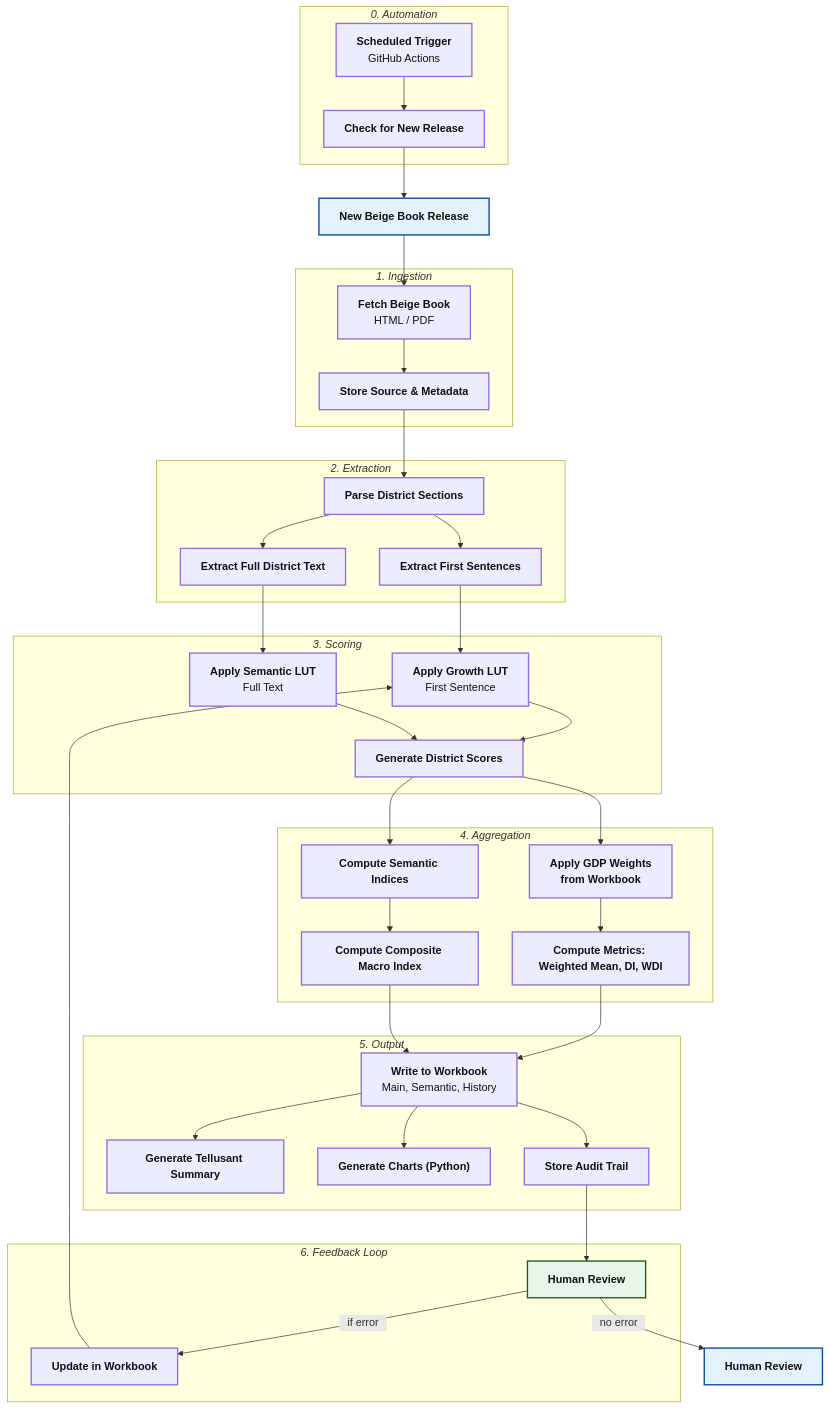
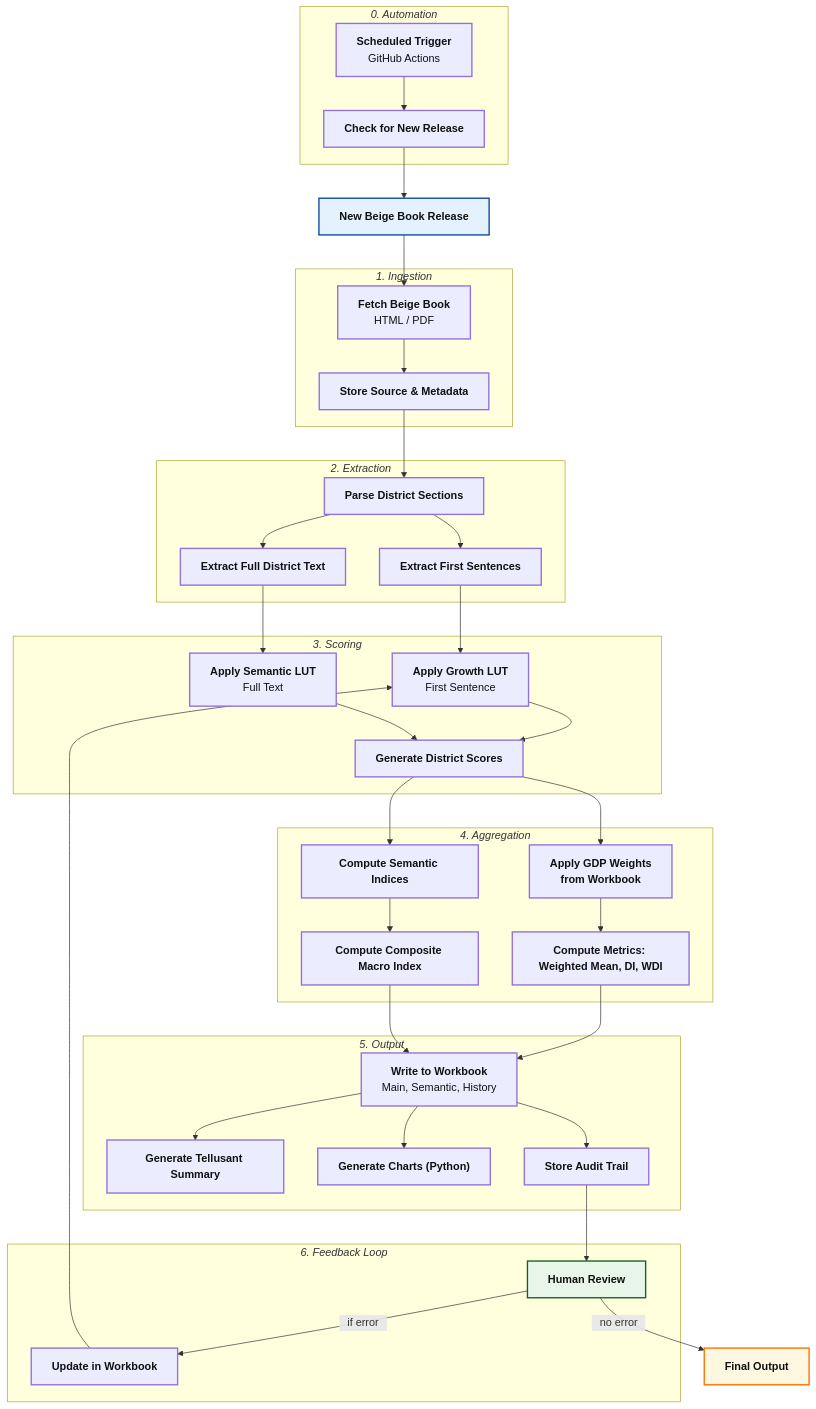
One commit to scanback/docs changed the diagram in articles-posts/fedora.md. Above: the diagram before and after it, drawn with Mermaid.

```diff
--- a/articles-posts/fedora.md
+++ b/articles-posts/fedora.md
@@ -9,76 +9,76 @@
 <div class="mermaid">
 
 %%{init: {'themeVariables': { 'fontFamily': 'Arial'}}}%%
 
 flowchart TD
 
     A["`**New Beige Book Release**`"]:::blue
 
     subgraph S1["`*1. Ingestion*`"]
         B["`**Fetch Beige Book**<br/>HTML / PDF`"]:::base
         C["`**Store Source & Metadata**`"]:::base
     end
 
     subgraph S2["`*2. Extraction*`"]
         D["`**Parse District Sections**`"]:::base
         E["`**Extract First Sentences**`"]:::base
         F["`**Extract Full District Text**`"]:::base
     end
 
     subgraph S3["`*3. Scoring*`"]
         G["`**Apply Growth LUT**<br/>First Sentence`"]:::base
         H["`**Apply Semantic LUT**<br/>Full Text`"]:::base
         I["`**Generate District Scores**`"]:::base
     end
 
     subgraph S4["`*4. Aggregation*`"]
         J["`**Apply GDP Weights<br/>from Workbook**`"]:::base
         K["`**Compute Metrics: Weighted Mean, DI, WDI**`"]:::base
         L["`**Compute Semantic Indices**`"]:::base
         M["`**Compute Composite Macro Index**`"]:::base
     end
 
     subgraph S5["`*5. Output*`"]
         N["`**Write to Workbook**<br/>Main, Semantic, History`"]:::base
         O["`**Generate Tellusant Summary**`"]:::base
         P["`**Generate Charts (Python)**`"]:::base
         Q["`**Store Audit Trail**`"]:::base
     end
 
     subgraph S6["`*0. Automation*`"]
         R["`**Scheduled Trigger**<br/>GitHub Actions`"]:::base
         S["`**Check for New Release**`"]:::base
     end
 
     subgraph S7["`*6. Feedback Loop*`"]
         T["`**Human Review**`"]:::green
         U["`**Update in Workbook**`"]:::base
     end
 
-        V["`**Human Review**`"]:::blue
+        V["`**Final Output**`"]:::orange
         
     R --> S --> A
     A --> B --> C --> D --> E
     D --> F
     E --> G --> I
     F --> H --> I
     I --> J --> K
     I --> L --> M
     K --> N
     M --> N
     N --> O
     N --> P
     N --> Q
     Q --> T -->|⠀if error⠀| U --> G
     T -->|⠀no error⠀| V
 
 %% ========= STYLES =========
 classDef green   fill:#E8F5E9,stroke:#1B5E20,stroke-width:2px,color:#111;
 classDef blue    fill:#E3F2FD,stroke:#0D47A1,stroke-width:2px,color:#111;
 classDef orange  fill:#FFF8E1,stroke:#FF6F00,stroke-width:2px,color:#111;
 classDef red     fill:#FDECEA,stroke:#B71C1C,stroke-width:2px,color:#111;
 classDef grey    fill:#F5F5F5,stroke:#424242,stroke-width:2px,color:#111;
 classDef base    fill:#ECECFF,stroke:#9370DB,stroke-width:2px,color:#111;
 classDef clear   fill:transparent,stroke:transparent;
 
     </div>
```
